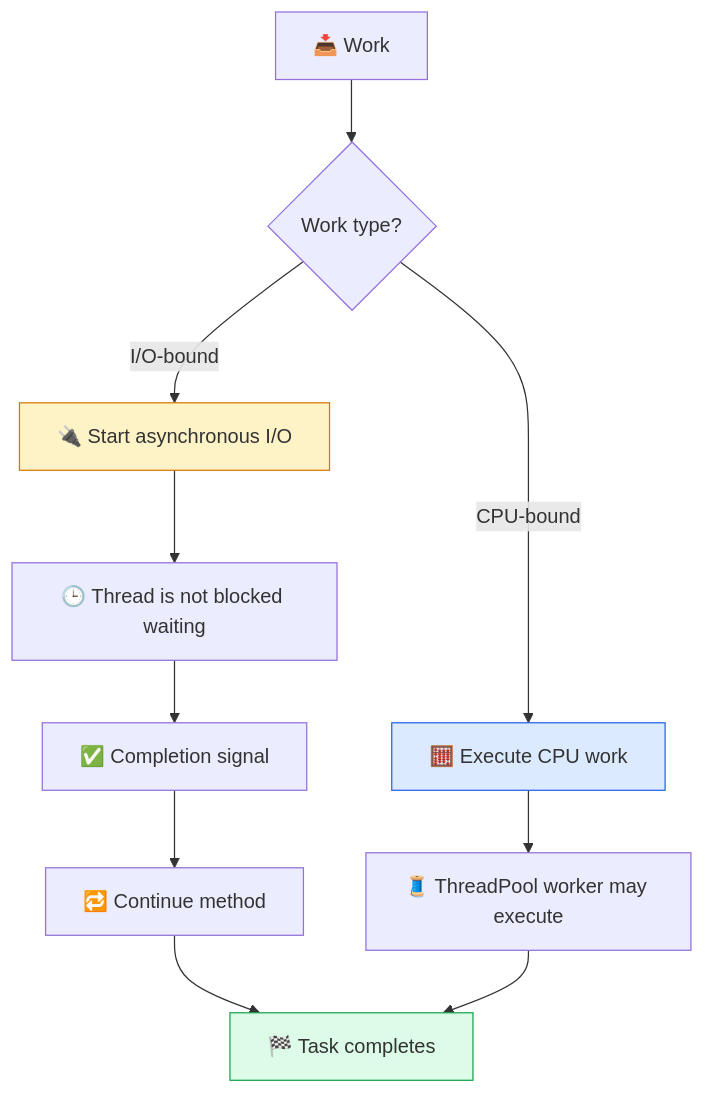
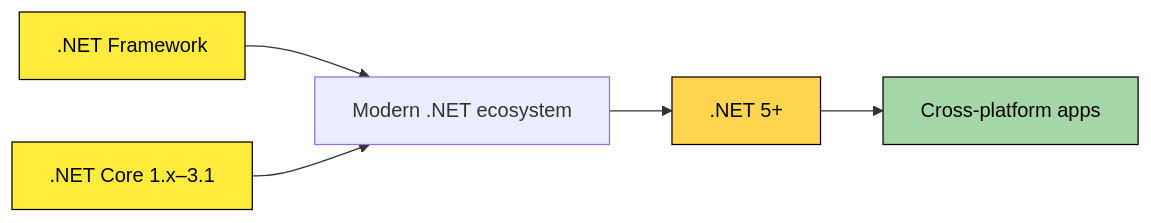
One commit to azam123/Engineering-Interview-Prep changed the third of 6 diagrams in 01A-CSharp-Internal-Working-Visual-QA.md. Above: the diagram before and after it, drawn with Mermaid. The commit also changed other lines of this file, not shown here.

Commit message:
Improve C# visual Q&A with high-contrast theme and ASP.NET Core interview topics

````diff
--- a/01A-CSharp-Internal-Working-Visual-QA.md
+++ b/01A-CSharp-Internal-Working-Visual-QA.md
@@ -120,15 +175,11 @@
 ```mermaid
-flowchart TD
-    A[📥 Work] --> B{Work type?}
-    B -- I/O-bound --> C[🔌 Start asynchronous I/O]
-    C --> D[🕒 Thread is not blocked waiting]
-    D --> E[✅ Completion signal]
-    E --> F[🔁 Continue method]
-    B -- CPU-bound --> G[🧮 Execute CPU work]
-    G --> H[🧵 ThreadPool worker may execute]
-    F --> I[🏁 Task completes]
-    H --> I
-    style C fill:#fef3c7,stroke:#d97706
-    style G fill:#dbeafe,stroke:#2563eb
-    style I fill:#dcfce7,stroke:#16a34a
+flowchart LR
+    A[.NET Framework] --> C[Modern .NET ecosystem]
+    B[.NET Core 1.x–3.1] --> C
+    C --> D[.NET 5+]
+    D --> E[Cross-platform apps]
+    style A fill:#ffeb3b,color:#000,stroke:#000
+    style B fill:#ffeb3b,color:#000,stroke:#000
+    style D fill:#ffd54f,color:#000,stroke:#000
+    style E fill:#a5d6a7,color:#000,stroke:#000
 ```
````
